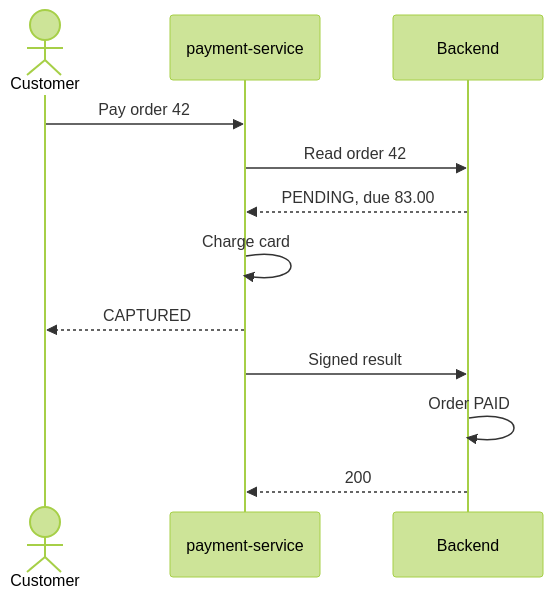
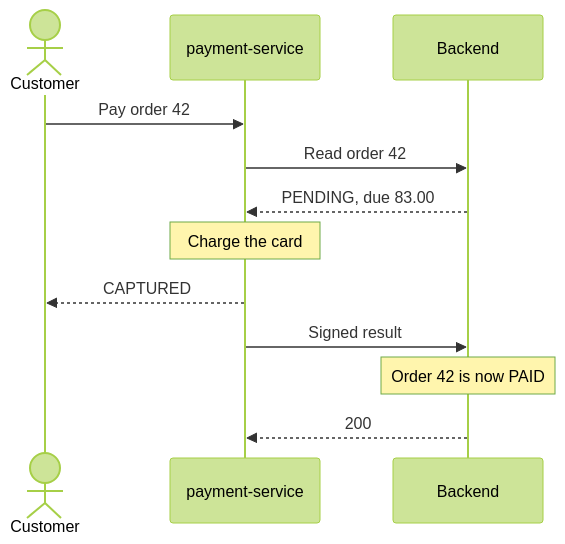
The third of 5 diagrams in docs-site/docs/flows/payments.md (slawekradzyminski/awesome-localstack), drawn with Mermaid (forest theme) before and after one commit. The commit also changed other lines of this file and 19 other files, not shown here.

First line of the commit message:
Review every wiki diagram by eye and redraw the unclear ones

````diff
--- a/docs-site/docs/flows/payments.md
+++ b/docs-site/docs/flows/payments.md
@@ -72,14 +79,14 @@
 ```mermaid
 sequenceDiagram
     actor C as Customer
     participant P as payment-service
     participant B as Backend
     C->>P: Pay order 42
     P->>B: Read order 42
     B-->>P: PENDING, due 83.00
-    P->>P: Charge card
+    Note over P: Charge the card
     P-->>C: CAPTURED
     P->>B: Signed result
-    B->>B: Order PAID
+    Note over B: Order 42 is now PAID
     B-->>P: 200
 ```
````
